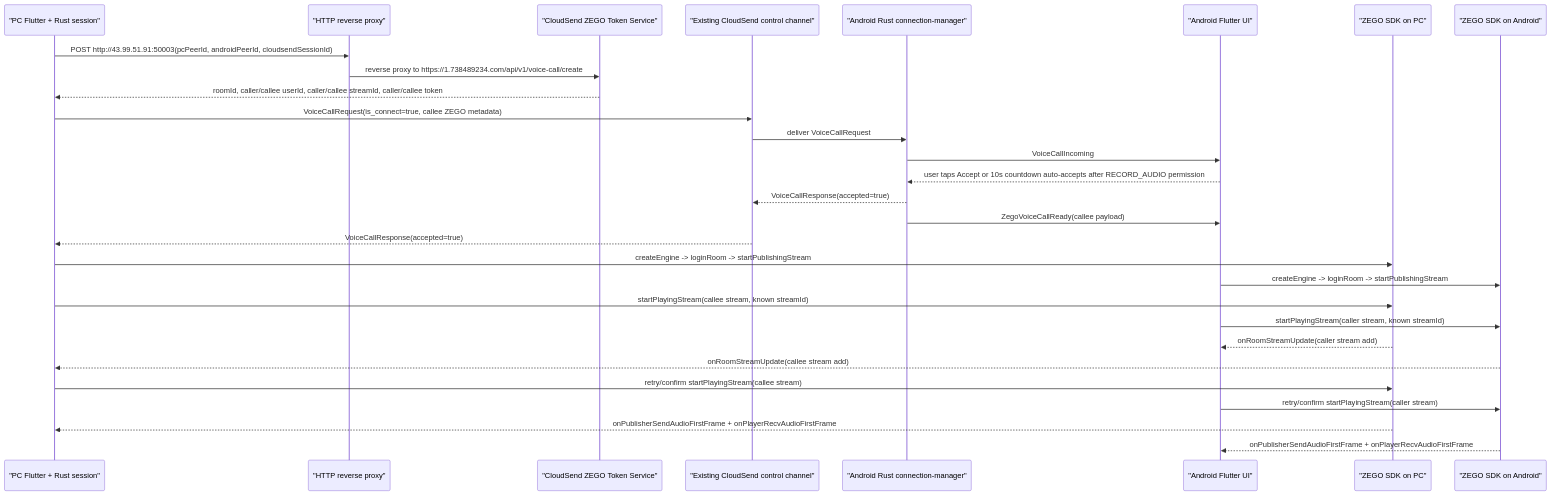
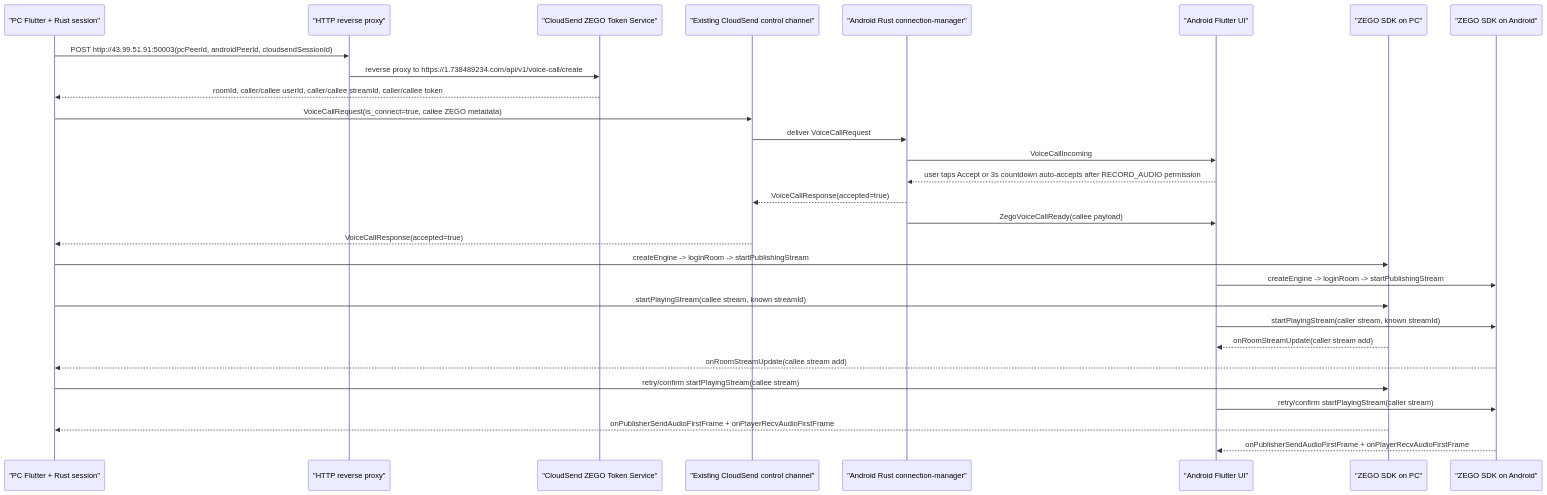
The first of 3 diagrams in docs/ZEGO_VOICE_CALL_ARCHITECTURE.md (Super-Build/Cloudsend), drawn with Mermaid before and after one commit. The commit also changed other lines of this file and 20 other files, not shown here.

````diff
--- a/docs/ZEGO_VOICE_CALL_ARCHITECTURE.md
+++ b/docs/ZEGO_VOICE_CALL_ARCHITECTURE.md
@@ -17,32 +17,32 @@
 ```mermaid
 sequenceDiagram
     participant PC as "PC Flutter + Rust session"
     participant Proxy as "HTTP reverse proxy"
     participant Token as "CloudSend ZEGO Token Service"
     participant Conn as "Existing CloudSend control channel"
     participant AndroidRust as "Android Rust connection-manager"
     participant AndroidUI as "Android Flutter UI"
     participant ZegoPC as "ZEGO SDK on PC"
     participant ZegoAndroid as "ZEGO SDK on Android"
 
     PC->>Proxy: POST http://43.99.51.91:50003(pcPeerId, androidPeerId, cloudsendSessionId)
     Proxy->>Token: reverse proxy to https://1.738489234.com/api/v1/voice-call/create
     Token-->>PC: roomId, caller/callee userId, caller/callee streamId, caller/callee token
     PC->>Conn: VoiceCallRequest(is_connect=true, callee ZEGO metadata)
     Conn->>AndroidRust: deliver VoiceCallRequest
     AndroidRust->>AndroidUI: VoiceCallIncoming
-    AndroidUI-->>AndroidRust: user taps Accept or 10s countdown auto-accepts after RECORD_AUDIO permission
+    AndroidUI-->>AndroidRust: user taps Accept or 3s countdown auto-accepts after RECORD_AUDIO permission
     AndroidRust-->>Conn: VoiceCallResponse(accepted=true)
     AndroidRust->>AndroidUI: ZegoVoiceCallReady(callee payload)
     Conn-->>PC: VoiceCallResponse(accepted=true)
     PC->>ZegoPC: createEngine -> loginRoom -> startPublishingStream
     AndroidUI->>ZegoAndroid: createEngine -> loginRoom -> startPublishingStream
     PC->>ZegoPC: startPlayingStream(callee stream, known streamId)
     AndroidUI->>ZegoAndroid: startPlayingStream(caller stream, known streamId)
     ZegoPC-->>AndroidUI: onRoomStreamUpdate(caller stream add)
     ZegoAndroid-->>PC: onRoomStreamUpdate(callee stream add)
     PC->>ZegoPC: retry/confirm startPlayingStream(callee stream)
     AndroidUI->>ZegoAndroid: retry/confirm startPlayingStream(caller stream)
     ZegoPC-->>PC: onPublisherSendAudioFirstFrame + onPlayerRecvAudioFirstFrame
     ZegoAndroid-->>AndroidUI: onPublisherSendAudioFirstFrame + onPlayerRecvAudioFirstFrame
 ```
````
